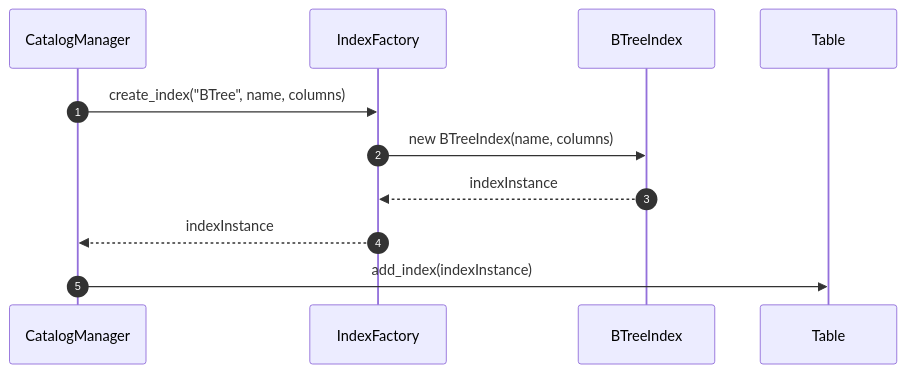
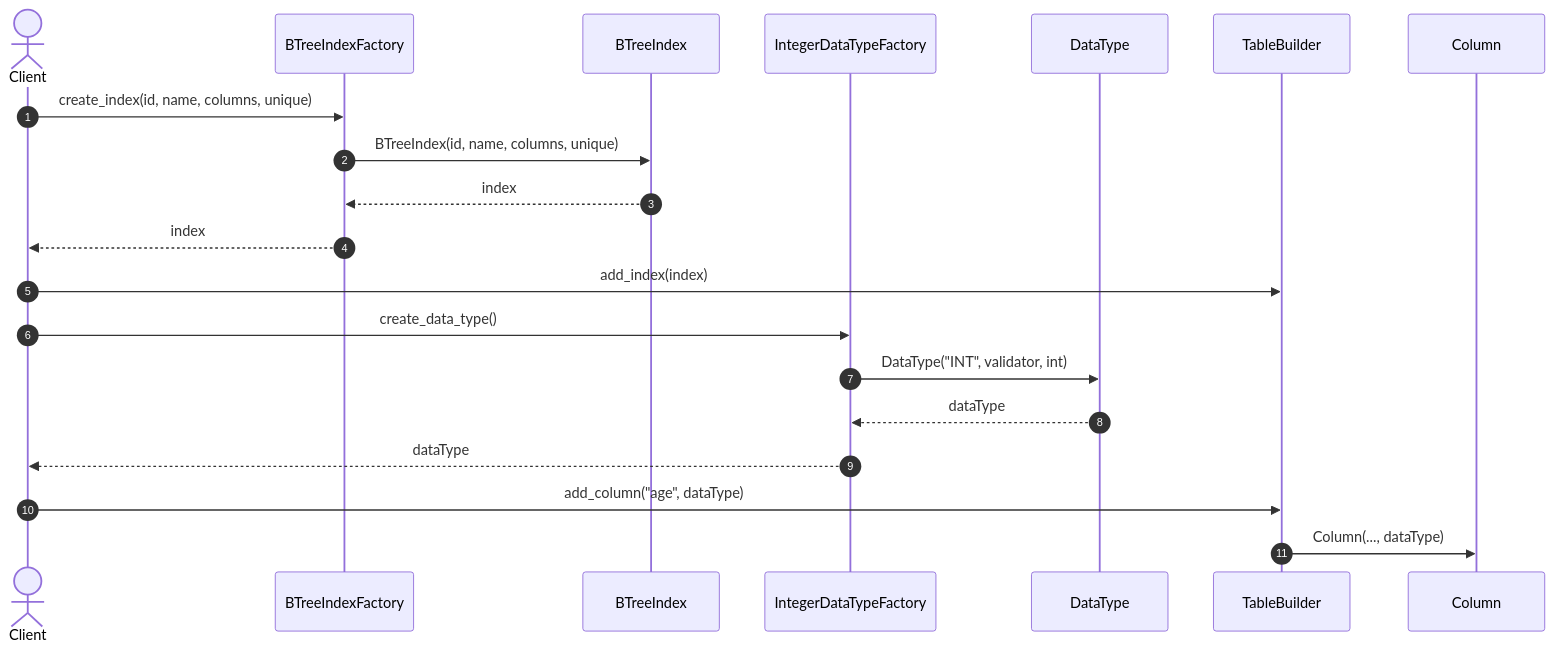
One commit to taitran501/DBMS changed the fourth of 7 diagrams in docs/diagrams/sequence/design_patterns/database_object.md. Above: the diagram before and after it, drawn with Mermaid. The commit also changed other lines of this file and 2 other files, not shown here.

Commit message:
docs(database_object): add class, sequence diagrams for Builder, Strategy, and Factory Method patterns

````diff
--- a/docs/diagrams/sequence/design_patterns/database_object.md
+++ b/docs/diagrams/sequence/design_patterns/database_object.md
@@ -97,14 +94,23 @@
 ```mermaid
 sequenceDiagram
     autonumber
-    participant CatalogManager
-    participant IndexFactory
+    actor Client
+    participant BTreeIndexFactory
     participant BTreeIndex
-    participant Table
+    participant IntegerDataTypeFactory
+    participant DataType
+    participant TableBuilder
+    participant Column
 
-    CatalogManager->>IndexFactory: create_index("BTree", name, columns)
-    IndexFactory->>BTreeIndex: new BTreeIndex(name, columns)
-    BTreeIndex-->>IndexFactory: indexInstance
-    IndexFactory-->>CatalogManager: indexInstance
-    CatalogManager->>Table: add_index(indexInstance)
+    Client->>BTreeIndexFactory: create_index(id, name, columns, unique)
+    BTreeIndexFactory->>BTreeIndex: BTreeIndex(id, name, columns, unique)
+    BTreeIndex-->>BTreeIndexFactory: index
+    BTreeIndexFactory-->>Client: index
+    Client->>TableBuilder: add_index(index)
+    Client->>IntegerDataTypeFactory: create_data_type()
+    IntegerDataTypeFactory->>DataType: DataType("INT", validator, int)
+    DataType-->>IntegerDataTypeFactory: dataType
+    IntegerDataTypeFactory-->>Client: dataType
+    Client->>TableBuilder: add_column("age", dataType)
+    TableBuilder->>Column: Column(..., dataType)
 ```
````
